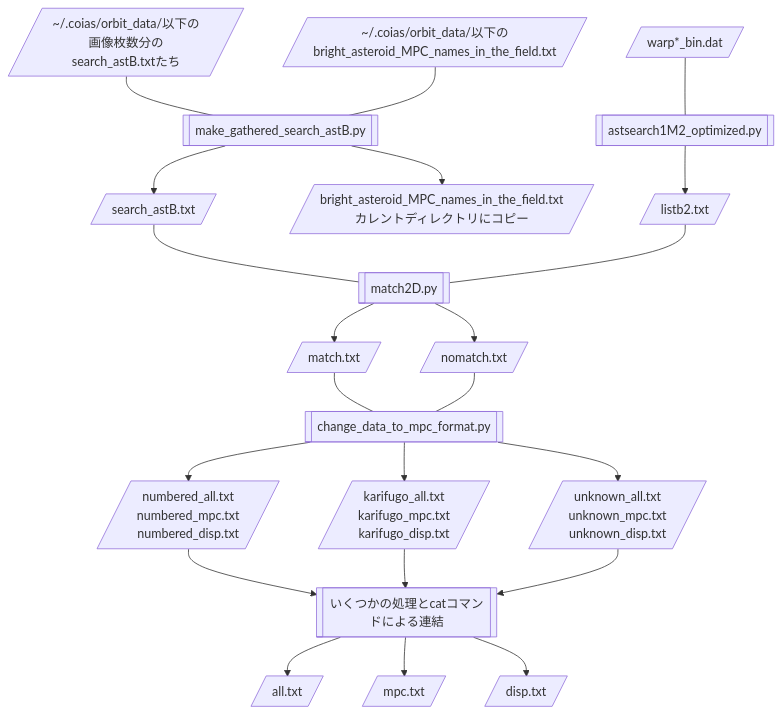
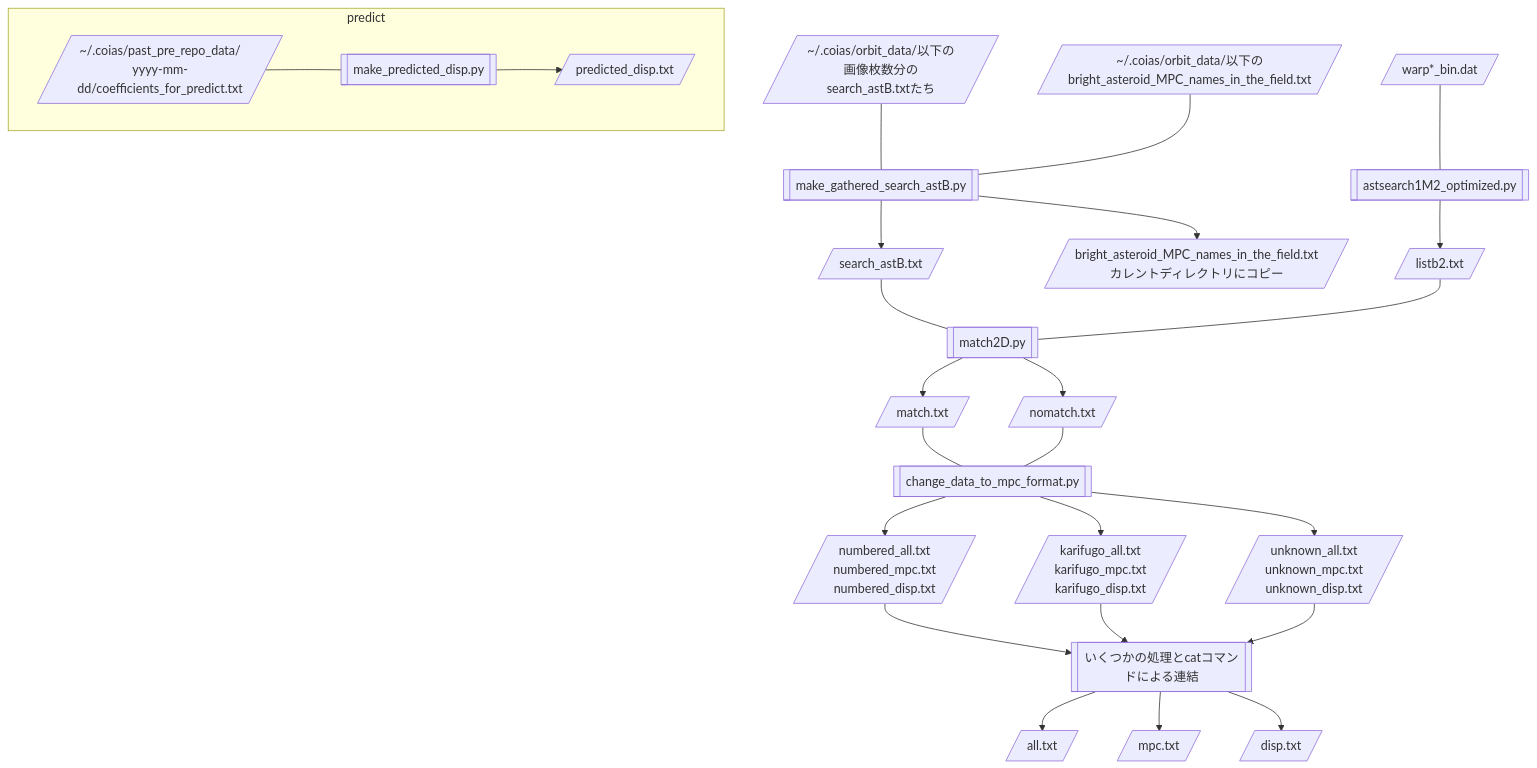
Before and after one commit to COIAS-program/COIAS_program_github: the diagram in flowcharts/flowchart4-astsearch_new.md, drawn with Mermaid. The commit also changed 6 other files, not shown here.

```````diff
--- a/flowcharts/flowchart4-astsearch_new.md
+++ b/flowcharts/flowchart4-astsearch_new.md
@@ -3,43 +3,51 @@
 ```mermaid
 flowchart TD
     A[/"~"/.coias/orbit_data/以下の\n画像枚数分のsearch_astB.txtたち/] --- B[[make_gathered_search_astB.py]]
     C[/"~"/.coias/orbit_data/以下の\nbright_asteroid_MPC_names_in_the_field.txt/] --- B
     B --> D[/search_astB.txt/]
     B --> E[/bright_asteroid_MPC_names_in_the_field.txt\nカレントディレクトリにコピー/]
     D --- F[[match2D.py]]
     G[/warp*_bin.dat/] --- H[[astsearch1M2_optimized.py]]
     H --> I[/listb2.txt/]
     I --- F
     F --> J[/match.txt/]
     F --> K[/nomatch.txt/]
     J --- L[[change_data_to_mpc_format.py]]
     K --- L
     L --> M[/numbered_all.txt\nnumbered_mpc.txt\nnumbered_disp.txt/]
     L --> N[/karifugo_all.txt\nkarifugo_mpc.txt\nkarifugo_disp.txt/]
     L --> O[/unknown_all.txt\nunknown_mpc.txt\nunknown_disp.txt/]
     M --> P[[いくつかの処理とcatコマンドによる連結]]
     N --> P
     O --> P
     P --> Q[/all.txt/]
     P --> R[/mpc.txt/]
     P --> S[/disp.txt/]
 
+    subgraph predict
+        A1[/"~"/.coias/past_pre_repo_data/\nyyyy-mm-dd/coefficients_for_predict.txt/] --- B1[[make_predicted_disp.py]]
+        B1 --> C1[/predicted_disp.txt/]
+    end
+
     click B "https://github.com/COIAS-program/COIAS_program_github/blob/main/src5_astsearch_new/make_gathered_search_astB.py"
     click F "https://github.com/COIAS-program/COIAS_program_github/blob/main/src5_astsearch_new/match2D.py"
     click H "https://github.com/COIAS-program/COIAS_program_github/blob/main/src5_astsearch_new/astsearch1M2_optimized.py"
     click L "https://github.com/COIAS-program/COIAS_program_github/blob/main/src5_astsearch_new/change_data_to_mpc_format.py"
+    click B1 "https://github.com/COIAS-program/COIAS_program_github/blob/main/src5_astsearch_new/make_predicted_disp.py"
     
     click A "https://github.com/COIAS-program/COIAS_program_github/blob/main/flowcharts/sample3/search_astB.txt"
     click C "https://github.com/COIAS-program/COIAS_program_github/blob/main/flowcharts/sample2/bright_asteroid_MPC_names_in_the_field.txt"
     click D "https://github.com/COIAS-program/COIAS_program_github/blob/main/flowcharts/sample4/search_astB.txt"
     click G "https://github.com/COIAS-program/COIAS_program_github/blob/main/flowcharts/sample1/warp01_bin.dat"
     click I "https://github.com/COIAS-program/COIAS_program_github/blob/main/flowcharts/sample4/listb2.txt"
     click J "https://github.com/COIAS-program/COIAS_program_github/blob/main/flowcharts/sample4/match.txt"
     click K "https://github.com/COIAS-program/COIAS_program_github/blob/main/flowcharts/sample4/nomatch.txt"
     click M "https://github.com/COIAS-program/COIAS_program_github/blob/main/flowcharts/sample4/numbered_all_mpc_disp.txt"
     click N "https://github.com/COIAS-program/COIAS_program_github/blob/main/flowcharts/sample4/karifugo_all_mpc_disp.txt"
     click O "https://github.com/COIAS-program/COIAS_program_github/blob/main/flowcharts/sample4/unknown_all_mpc_disp.txt"
     click Q "https://github.com/COIAS-program/COIAS_program_github/blob/main/flowcharts/sample4/all.txt"
     click R "https://github.com/COIAS-program/COIAS_program_github/blob/main/flowcharts/sample4/mpc.txt"
     click S "https://github.com/COIAS-program/COIAS_program_github/blob/main/flowcharts/sample4/disp.txt"
+    click A1 "https://github.com/COIAS-program/COIAS_program_github/blob/main/flowcharts/sample7/coefficients_for_predict.txt"
+    click C1 "https://github.com/COIAS-program/COIAS_program_github/blob/main/flowcharts/sample4/predicted_disp.txt"
 ``````
```````
